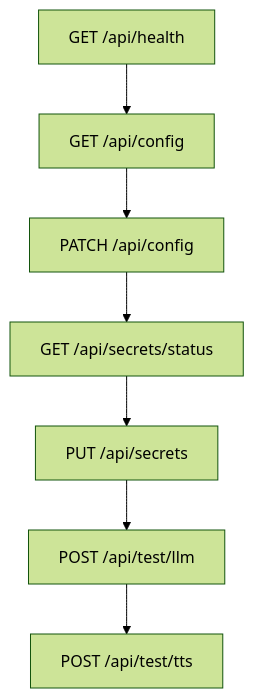
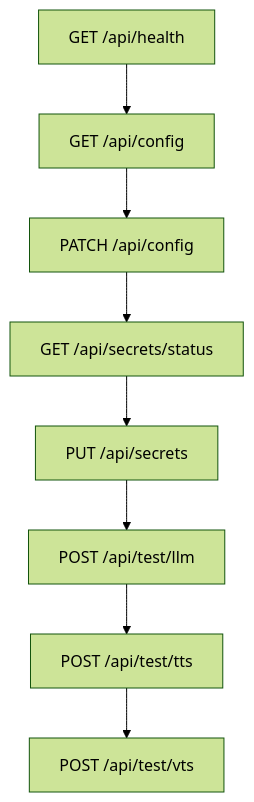
Before and after one commit to Jonathan0823/VoxaLive: the fourth of 7 diagrams in docs/12_IMPLEMENTATION_PLAN.md, drawn with Mermaid (forest theme). The commit also changed other lines of this file and 7 other files, not shown here.

First line of the commit message:
docs(mvp): align VTS-only scope and build flow

```diff
--- a/docs/12_IMPLEMENTATION_PLAN.md
+++ b/docs/12_IMPLEMENTATION_PLAN.md
@@ -123,9 +123,10 @@
 ~~~mermaid
 flowchart TD
     Health[GET /api/health] --> ConfigGet[GET /api/config]
     ConfigGet --> ConfigPatch[PATCH /api/config]
     ConfigPatch --> SecretStatus[GET /api/secrets/status]
     SecretStatus --> SecretPut[PUT /api/secrets]
     SecretPut --> TestLLM[POST /api/test/llm]
     TestLLM --> TestTTS[POST /api/test/tts]
+    TestTTS --> TestVTS[POST /api/test/vts]
 ~~~
```
